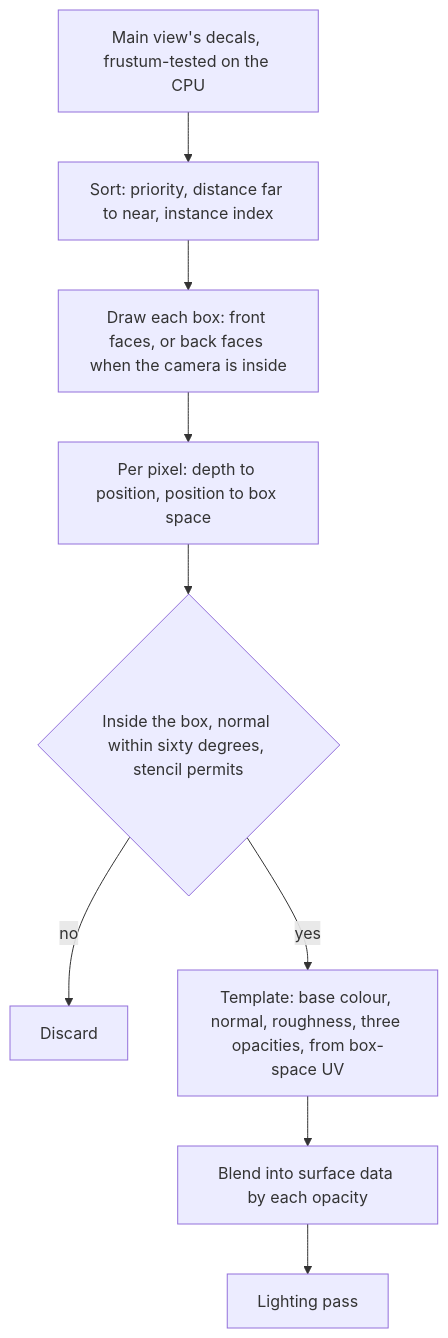
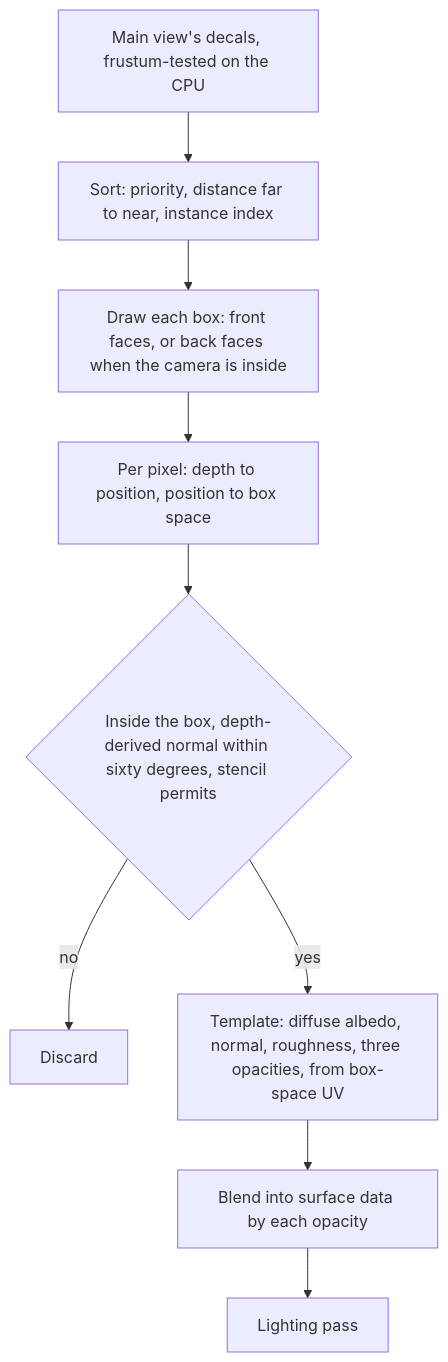
One commit to plainsight-systems/bullet-witch changed the second of 2 diagrams in docs/architecture/decals.md. Above: the diagram before and after it, drawn with Mermaid. The commit also changed other lines of this file and 13 other files, not shown here.

````diff
--- a/docs/architecture/decals.md
+++ b/docs/architecture/decals.md
@@ -67,11 +69,11 @@
 ```mermaid
 flowchart TD
     R["Main view's decals, frustum-tested on the CPU"] --> S["Sort: priority, distance far to near, instance index"]
     S --> D["Draw each box: front faces, or back faces when the camera is inside"]
     D --> P["Per pixel: depth to position, position to box space"]
-    P --> C{"Inside the box, normal within sixty degrees, stencil permits"}
+    P --> C{"Inside the box, depth-derived normal within sixty degrees, stencil permits"}
     C -- no --> X["Discard"]
-    C -- yes --> T["Template: base colour, normal, roughness, three opacities, from box-space UV"]
+    C -- yes --> T["Template: diffuse albedo, normal, roughness, three opacities, from box-space UV"]
     T --> B["Blend into surface data by each opacity"]
     B --> LP["Lighting pass"]
 ```
````
